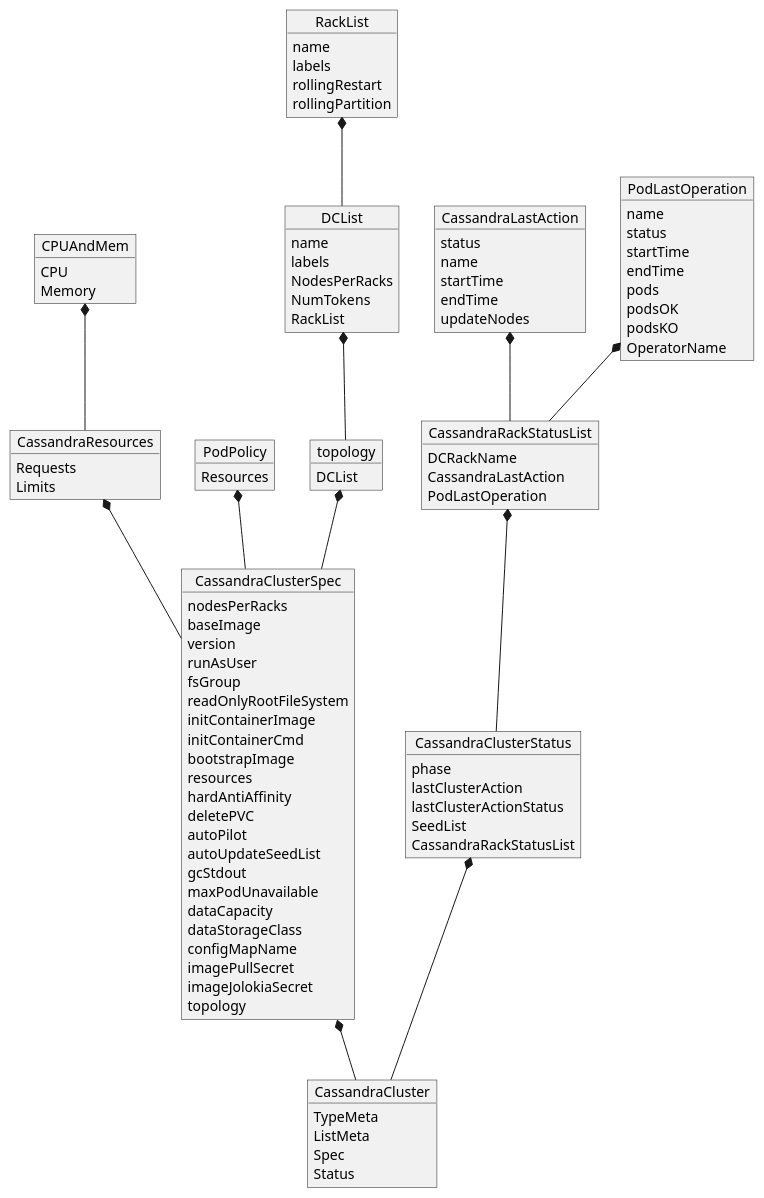
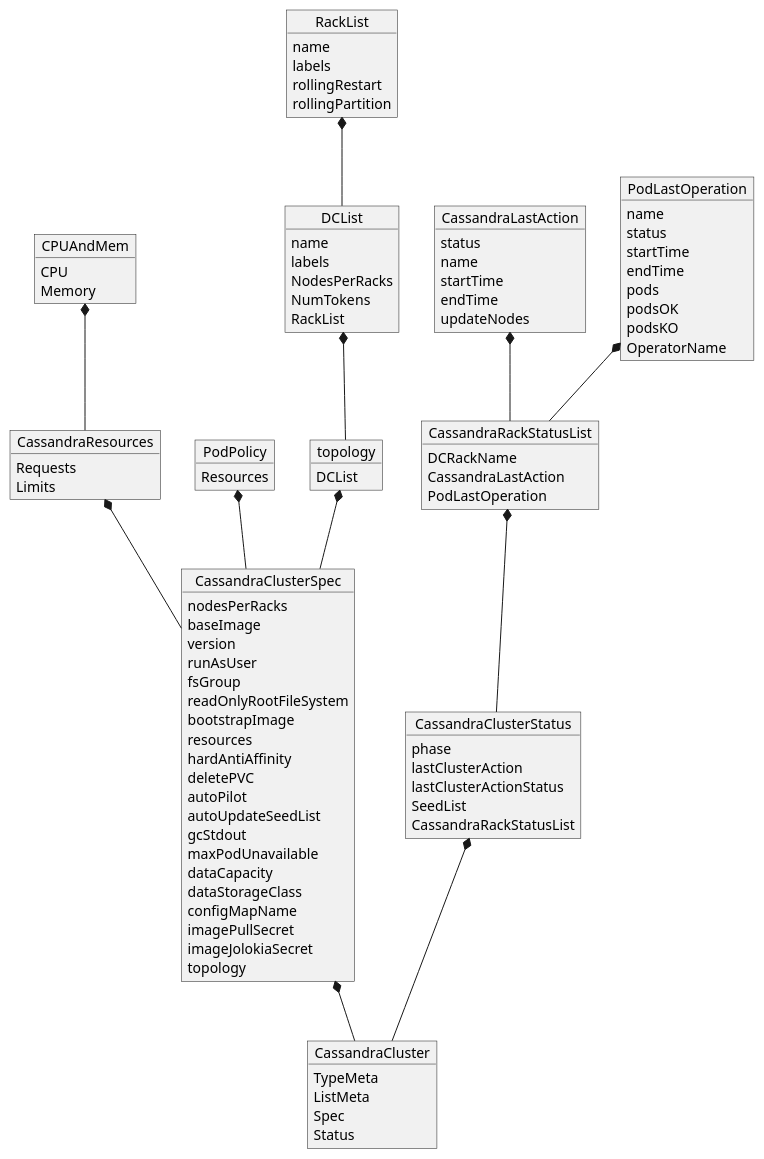
The diagram in documentation/uml/crd.puml (Orange-OpenSource/casskop), drawn with PlantUML before and after one commit. The commit also changed 10 other files, not shown here.

```diff
--- a/documentation/uml/crd.puml
+++ b/documentation/uml/crd.puml
@@ -1,106 +1,104 @@
 @startuml
 object CassandraCluster
 CassandraCluster : TypeMeta
 CassandraCluster : ListMeta
 CassandraCluster : Spec
 CassandraCluster : Status
 
 object CPUAndMem
 CPUAndMem : CPU
 CPUAndMem : Memory
 
 object CassandraResources
 CassandraResources : Requests
 CassandraResources : Limits
 
 object PodPolicy
 PodPolicy : Resources
 
 object CassandraClusterSpec
 CassandraClusterSpec : nodesPerRacks
 CassandraClusterSpec : baseImage
 CassandraClusterSpec : version
 CassandraClusterSpec : runAsUser
 CassandraClusterSpec : fsGroup
 CassandraClusterSpec : readOnlyRootFileSystem
-CassandraClusterSpec : initContainerImage
-CassandraClusterSpec : initContainerCmd
 CassandraClusterSpec : bootstrapImage
 CassandraClusterSpec : resources
 CassandraClusterSpec : hardAntiAffinity
 CassandraClusterSpec : deletePVC
 CassandraClusterSpec : autoPilot
 CassandraClusterSpec : autoUpdateSeedList
 CassandraClusterSpec : gcStdout
 CassandraClusterSpec : maxPodUnavailable
 CassandraClusterSpec : dataCapacity
 CassandraClusterSpec : dataStorageClass
 CassandraClusterSpec : configMapName
 CassandraClusterSpec : imagePullSecret
 CassandraClusterSpec : imageJolokiaSecret
 CassandraClusterSpec : topology
 
 object topology
 topology : DCList
 
 object DCList
 DCList : name
 DCList : labels
 DCList : NodesPerRacks
 DCList : NumTokens
 DCList : RackList
 
 object RackList
 RackList : name
 RackList : labels
 RackList : rollingRestart
 RackList :  rollingPartition
 
 RackList *-- DCList
 DCList *-- topology
 
 topology *-- CassandraClusterSpec
 
 object CassandraClusterStatus
 CassandraClusterStatus : phase
 CassandraClusterStatus : lastClusterAction
 CassandraClusterStatus : lastClusterActionStatus
 CassandraClusterStatus : SeedList
 CassandraClusterStatus : CassandraRackStatusList
 
 
 object CassandraLastAction
 CassandraLastAction : status
 CassandraLastAction : name
 CassandraLastAction : startTime
 CassandraLastAction : endTime
 CassandraLastAction : updateNodes
 
 object PodLastOperation
 PodLastOperation : name
 PodLastOperation : status
 PodLastOperation : startTime
 PodLastOperation : endTime
 PodLastOperation : pods
 PodLastOperation : podsOK
 PodLastOperation : podsKO
 PodLastOperation : OperatorName
 
 
 CassandraClusterSpec *-- CassandraCluster
 CassandraClusterStatus *-- CassandraCluster
 
 object CassandraRackStatusList
 CassandraRackStatusList : DCRackName
 CassandraRackStatusList : CassandraLastAction
 CassandraRackStatusList : PodLastOperation
 
 CassandraRackStatusList *-- CassandraClusterStatus
 CassandraLastAction *-- CassandraRackStatusList
 PodLastOperation *-- CassandraRackStatusList
 
 CPUAndMem  *-- CassandraResources
 CassandraResources *-- CassandraClusterSpec
 
 PodPolicy *-- CassandraClusterSpec
 @enduml
```
